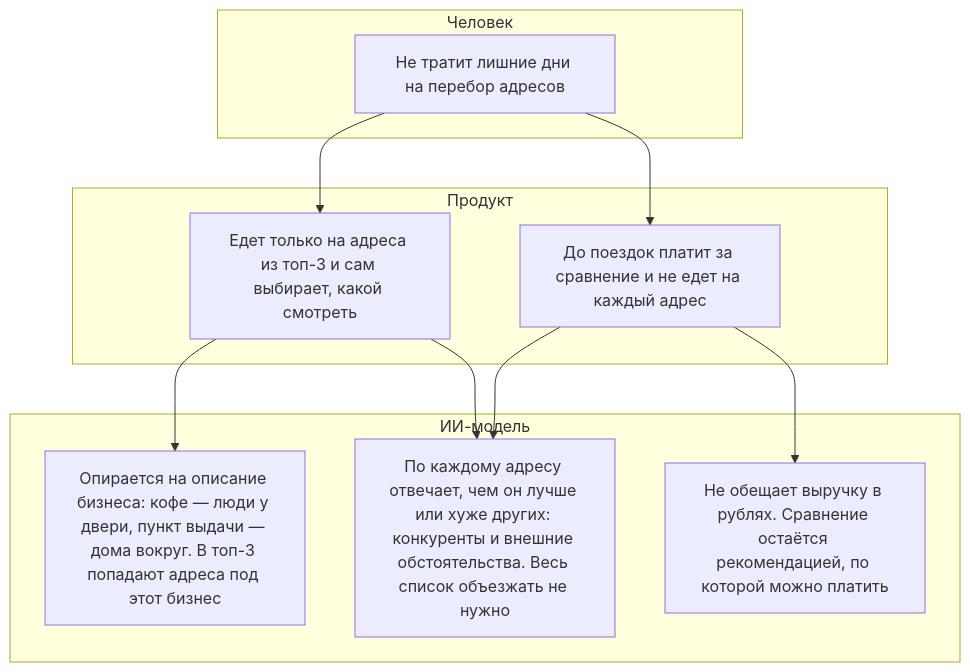
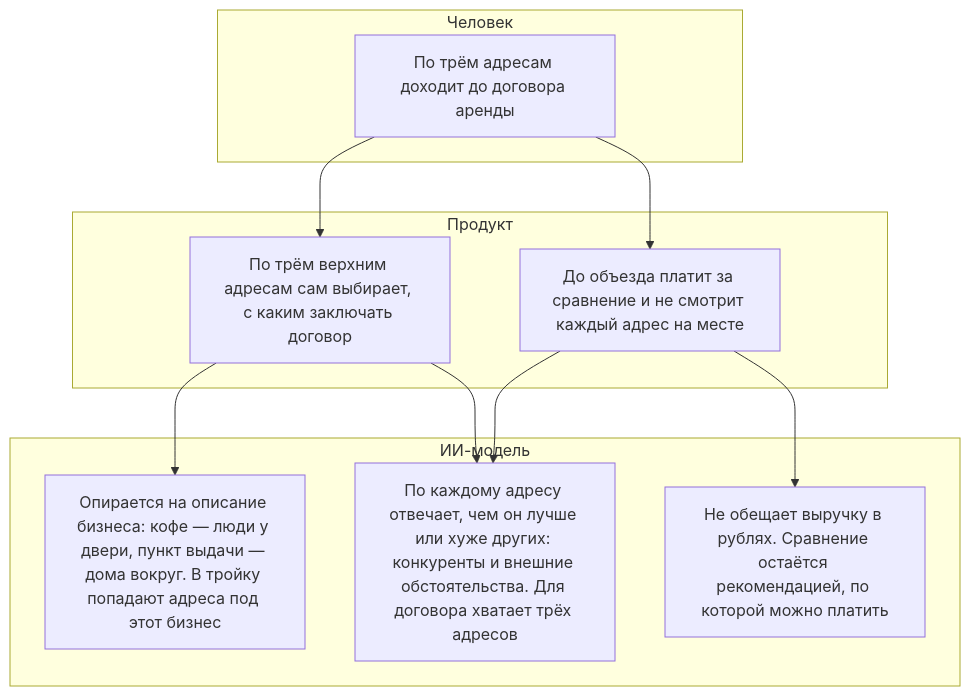
One commit to ShvetsovEgor/digital_product_managment changed the diagram in dz-06-economics-metrics-risks.md. Above: the diagram before and after it, drawn with Mermaid. The commit also changed other lines of this file and 1 other file, not shown here.

Commit message:
ДЗ-6 и ДЗ-7: по трём адресам человек доходит до договора.

````diff
--- a/dz-06-economics-metrics-risks.md
+++ b/dz-06-economics-metrics-risks.md
@@ -23,22 +23,22 @@
 ```mermaid
 flowchart TD
   subgraph human["Человек"]
-    goal["Не тратит лишние дни на перебор адресов"]
+    goal["По трём адресам доходит до договора аренды"]
   end
   subgraph product["Продукт"]
-    p1["До поездок платит за сравнение и не едет на каждый адрес"]
-    p2["Едет только на адреса из топ-3 и сам выбирает, какой смотреть"]
+    p1["До объезда платит за сравнение и не смотрит каждый адрес на месте"]
+    p2["По трём верхним адресам сам выбирает, с каким заключать договор"]
   end
   subgraph model["ИИ-модель"]
-    m1["Опирается на описание бизнеса: кофе — люди у двери, пункт выдачи — дома вокруг. В топ-3 попадают адреса под этот бизнес"]
-    m2["По каждому адресу отвечает, чем он лучше или хуже других: конкуренты и внешние обстоятельства. Весь список объезжать не нужно"]
+    m1["Опирается на описание бизнеса: кофе — люди у двери, пункт выдачи — дома вокруг. В тройку попадают адреса под этот бизнес"]
+    m2["По каждому адресу отвечает, чем он лучше или хуже других: конкуренты и внешние обстоятельства. Для договора хватает трёх адресов"]
     m3["Не обещает выручку в рублях. Сравнение остаётся рекомендацией, по которой можно платить"]
   end
 
   goal --> p1
   goal --> p2
   p1 --> m2
   p1 --> m3
   p2 --> m1
   p2 --> m2
 ```
````
